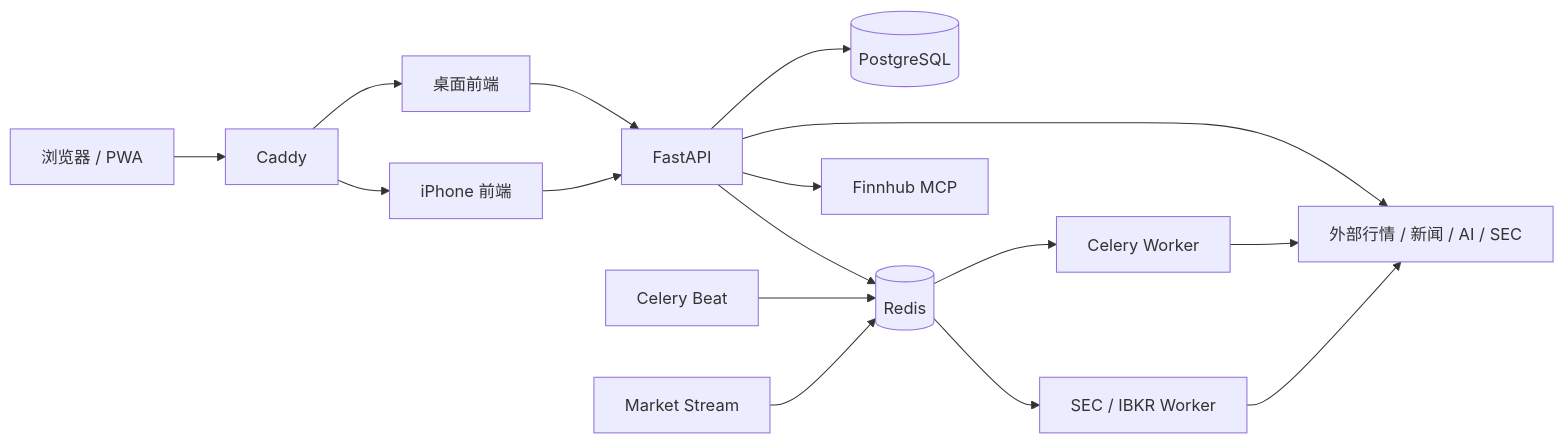
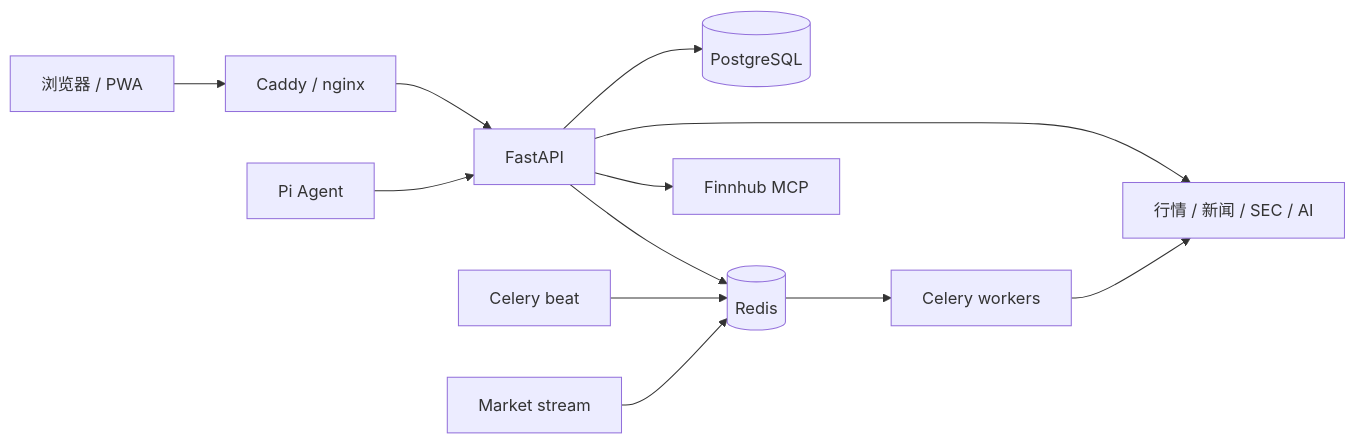
The diagram in README.md (Uhmmu/stock-monitor), drawn with Mermaid before and after one commit. The commit also changed other lines of this file, not shown here.

````diff
--- a/README.md
+++ b/README.md
@@ -48,18 +29,14 @@
 ```mermaid
 flowchart LR
-    U[浏览器 / PWA] --> C[Caddy]
-    C --> D[桌面前端]
-    C --> M[iPhone 前端]
-    D --> A[FastAPI]
-    M --> A
-    A --> P[(PostgreSQL)]
-    A --> R[(Redis)]
-    R --> W[Celery Worker]
-    R --> S[SEC / IBKR Worker]
-    B[Celery Beat] --> R
-    Q[Market Stream] --> R
-    A --> F[Finnhub MCP]
-    A --> E[外部行情 / 新闻 / AI / SEC]
-    W --> E
-    S --> E
+    U["浏览器 / PWA"] --> G["Caddy / nginx"]
+    G --> A["FastAPI"]
+    A --> P[("PostgreSQL")]
+    A --> R[("Redis")]
+    R --> W["Celery workers"]
+    B["Celery beat"] --> R
+    M["Market stream"] --> R
+    A --> F["Finnhub MCP"]
+    A --> X["行情 / 新闻 / SEC / AI"]
+    W --> X
+    Q["Pi Agent"] --> A
 ```
````
